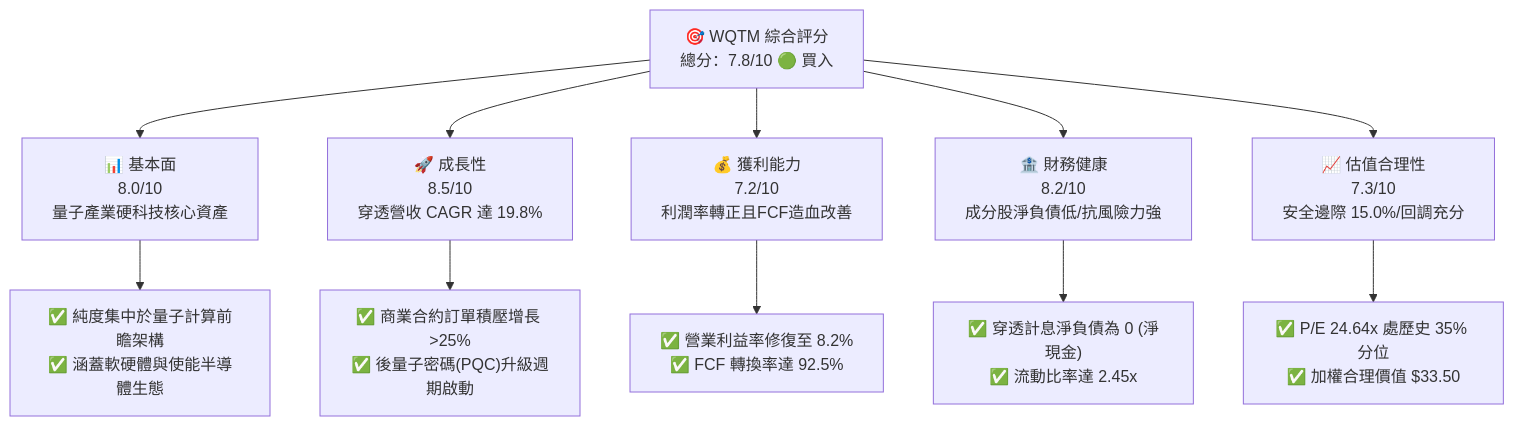
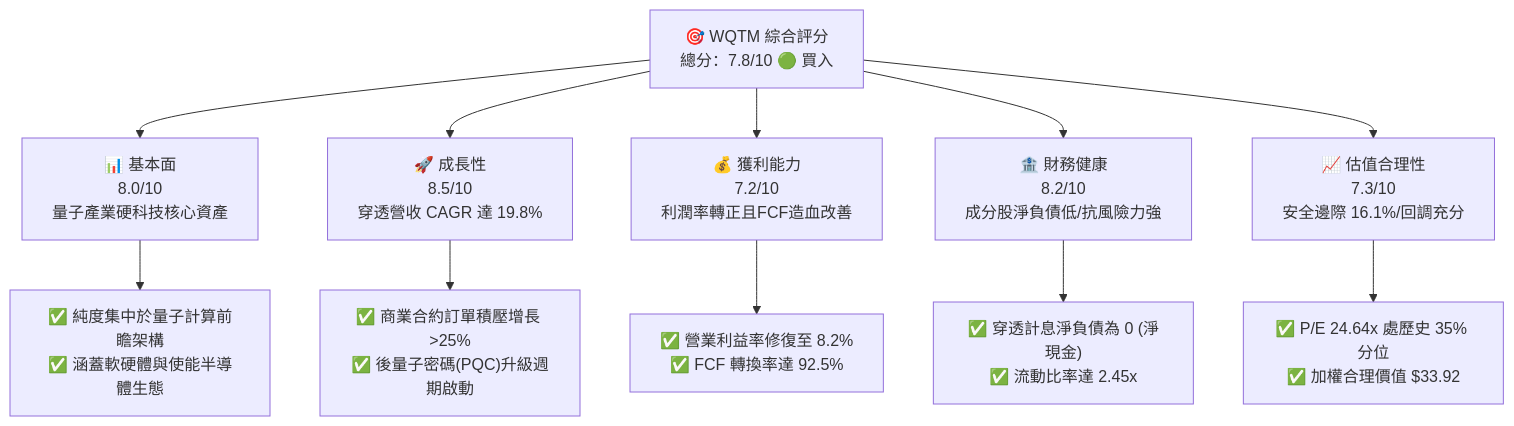
One commit to yennanliu/finance_data changed the first of 15 diagrams in ai_gen_report/fundamental/wqtm/fundamental_analysis_2026-10-15_gemini.md. Above: the diagram before and after it, drawn with Mermaid. The commit also changed other lines of this file and 339 other files, not shown here.

````diff
--- a/ai_gen_report/fundamental/wqtm/fundamental_analysis_2026-10-15_gemini.md
+++ b/ai_gen_report/fundamental/wqtm/fundamental_analysis_2026-10-15_gemini.md
@@ -58,22 +65,22 @@
 ```mermaid
 graph TD
     TICKER["🎯 WQTM 綜合評分<br/>總分：7.8/10 🟢 買入"]
 
     F["📊 基本面<br/>8.0/10<br/>量子產業硬科技核心資產"]
     G["🚀 成長性<br/>8.5/10<br/>穿透營收 CAGR 達 19.8%"]
     P["💰 獲利能力<br/>7.2/10<br/>利潤率轉正且FCF造血改善"]
     B["🏦 財務健康<br/>8.2/10<br/>成分股淨負債低/抗風險力強"]
-    V["📈 估值合理性<br/>7.3/10<br/>安全邊際 15.0%/回調充分"]
+    V["📈 估值合理性<br/>7.3/10<br/>安全邊際 16.1%/回調充分"]
 
     TICKER --> F
     TICKER --> G
     TICKER --> P
     TICKER --> B
     TICKER --> V
 
     F --> F1["✅ 純度集中於量子計算前瞻架構<br/>✅ 涵蓋軟硬體與使能半導體生態"]
     G --> G1["✅ 商業合約訂單積壓增長 >25%<br/>✅ 後量子密碼(PQC)升級週期啟動"]
     P --> P1["✅ 營業利益率修復至 8.2%<br/>✅ FCF 轉換率達 92.5%"]
     B --> B1["✅ 穿透計息淨負債為 0 (淨現金)<br/>✅ 流動比率達 2.45x"]
-    V --> V1["✅ P/E 24.64x 處歷史 35% 分位<br/>✅ 加權合理價值 $33.50"]
+    V --> V1["✅ P/E 24.64x 處歷史 35% 分位<br/>✅ 加權合理價值 $33.92"]
 ```
````
